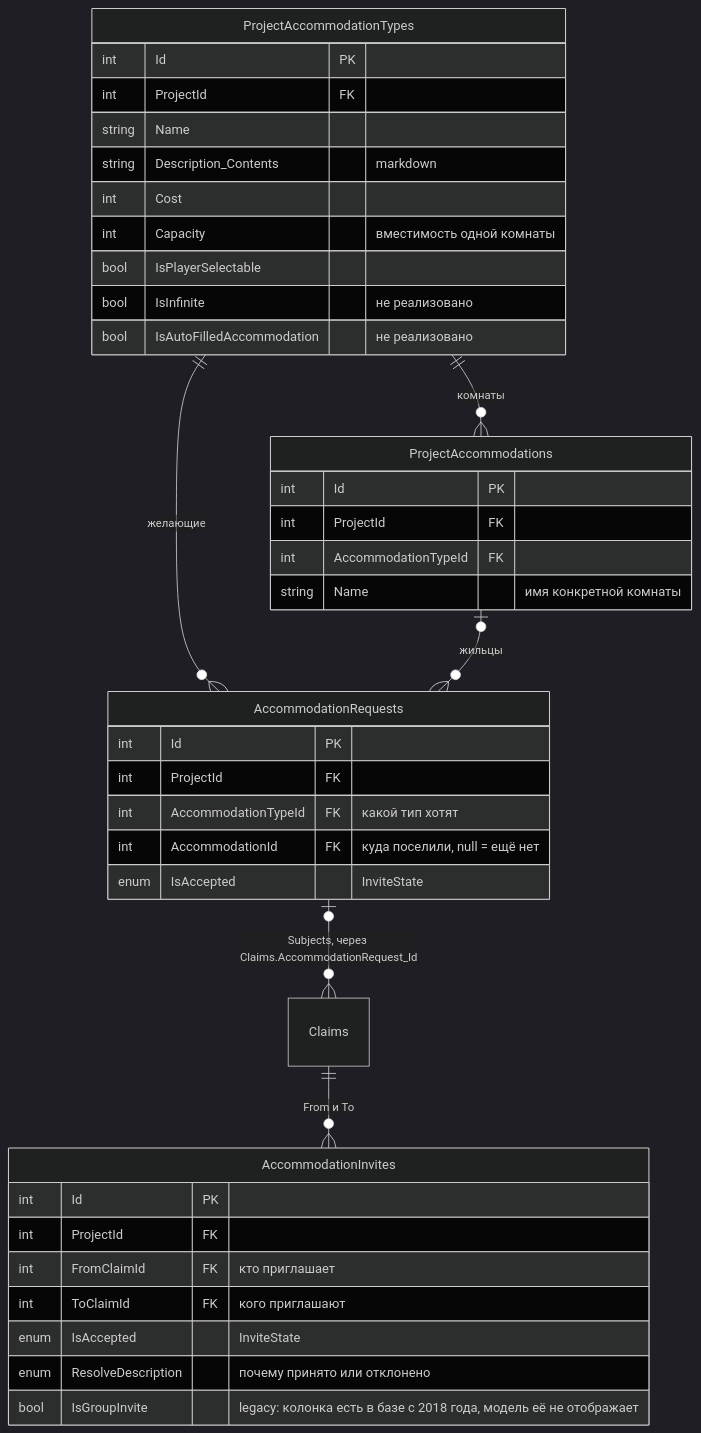
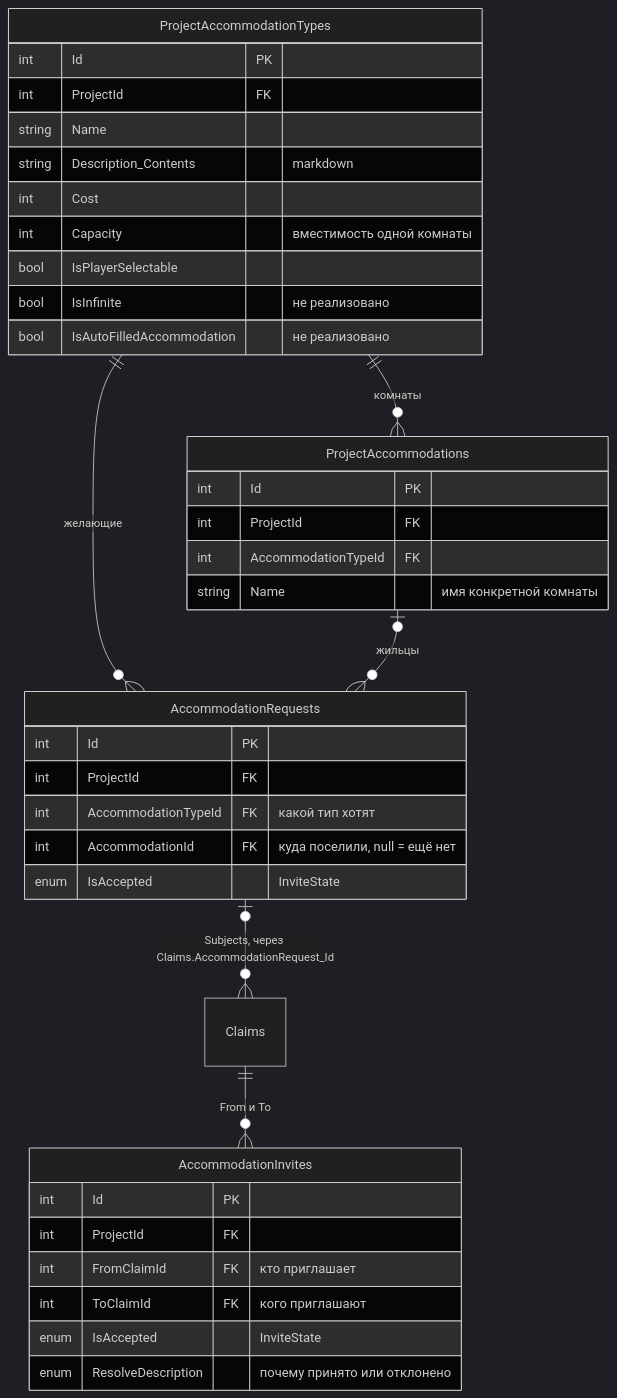
Before and after one commit to joinrpg/joinrpg-net: the eighth of 11 diagrams in docs/db-schema.md, drawn with Mermaid (dark theme). The commit also changed 3 other files, not shown here.

First line of the commit message:
Удалить осиротевшую колонку AccommodationInvites.IsGroupInvite

````diff
--- a/docs/db-schema.md
+++ b/docs/db-schema.md
@@ -638,45 +638,44 @@
 ```mermaid
 erDiagram
     ProjectAccommodationTypes {
         int Id PK
         int ProjectId FK
         string Name
         string Description_Contents "markdown"
         int Cost
         int Capacity "вместимость одной комнаты"
         bool IsPlayerSelectable
         bool IsInfinite "не реализовано"
         bool IsAutoFilledAccommodation "не реализовано"
     }
 
     ProjectAccommodations {
         int Id PK
         int ProjectId FK
         int AccommodationTypeId FK
         string Name "имя конкретной комнаты"
     }
 
     AccommodationRequests {
         int Id PK
         int ProjectId FK
         int AccommodationTypeId FK "какой тип хотят"
         int AccommodationId FK "куда поселили, null = ещё нет"
         enum IsAccepted "InviteState"
     }
 
     AccommodationInvites {
         int Id PK
         int ProjectId FK
         int FromClaimId FK "кто приглашает"
         int ToClaimId FK "кого приглашают"
         enum IsAccepted "InviteState"
         enum ResolveDescription "почему принято или отклонено"
-        bool IsGroupInvite "legacy: колонка есть в базе с 2018 года, модель её не отображает"
     }
 
     ProjectAccommodationTypes ||--o{ ProjectAccommodations : "комнаты"
     ProjectAccommodationTypes ||--o{ AccommodationRequests : "желающие"
     ProjectAccommodations |o--o{ AccommodationRequests : "жильцы"
     AccommodationRequests |o--o{ Claims : "Subjects, через Claims.AccommodationRequest_Id"
     Claims ||--o{ AccommodationInvites : "From и To"
 ```
````
